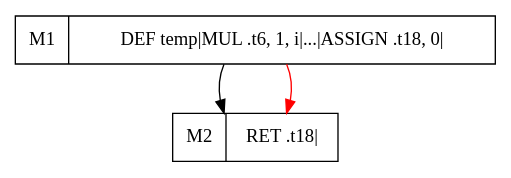
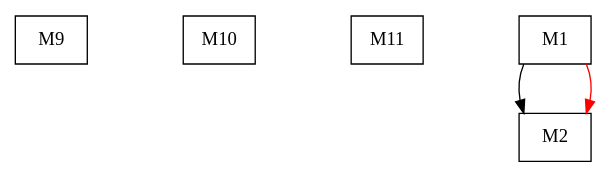
The diagram in test.gv (jimfengnpu/antlr4-compiler), drawn with Graphviz before and after one commit. The commit also changed 8 other files, not shown here.

```diff
--- a/test.gv
+++ b/test.gv
@@ -1,6 +1,7 @@
 digraph{ nodesep = 1; node[shape = record];
-M1[label="M1 |DEF temp\|MUL .t6, 1, i\|...\|ASSIGN .t18, 0\|"];
-M2[label="M2 |RET .t18\|"];
+M9[label="M9"];
+M10[label="M10"];
+M11[label="M11"];
 M1 -> M2;
 M1 -> M2[color="red"];
 }
```
